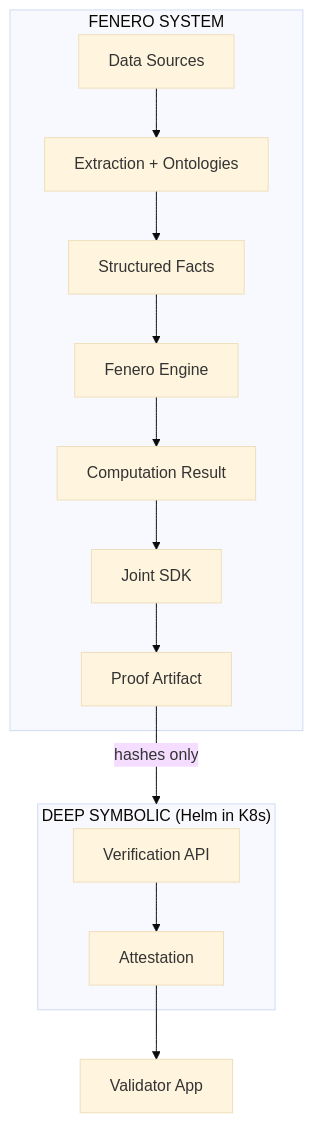
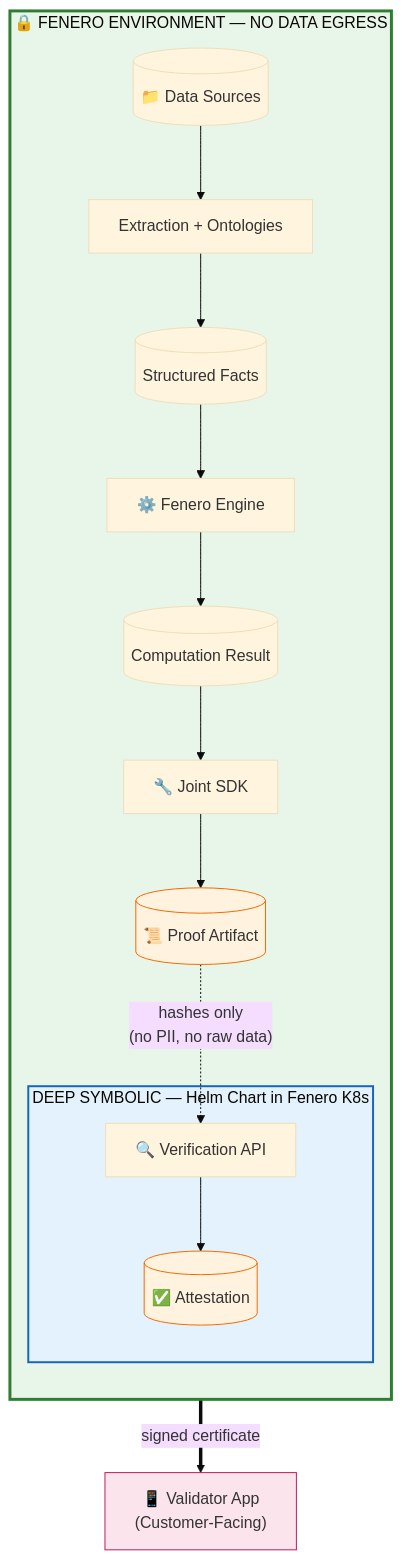
One commit to multiversal-ventures/provable-compute changed the diagram in README.md. Above: the diagram before and after it, drawn with Mermaid (base theme).

Commit message:
Refactor README architecture diagram for clarity and detail, updating component labels and adding visual enhancements. Introduced a new subgraph for the Deep Symbolic verification process and improved overall layout for better understanding.

````diff
--- a/README.md
+++ b/README.md
@@ -19,20 +19,32 @@
 ```mermaid
-flowchart TB
-    subgraph FENERO["FENERO SYSTEM"]
-        DATA[Data Sources] --> EXT[Extraction + Ontologies]
-        EXT --> FACTS[Structured Facts]
-        FACTS --> ENGINE[Fenero Engine]
-        ENGINE --> RESULT[Computation Result]
-        RESULT --> SDK[Joint SDK]
-        SDK --> ARTIFACT[Proof Artifact]
+flowchart TD
+    subgraph FENERO["🔒 FENERO ENVIRONMENT — NO DATA EGRESS"]
+        direction TB
+        
+        DATA[("📁 Data Sources")]
+        EXT["Extraction + Ontologies"]
+        FACTS[("Structured Facts")]
+        ENGINE["⚙️ Fenero Engine"]
+        RESULT[("Computation Result")]
+        SDK["🔧 Joint SDK"]
+        ARTIFACT[("📜 Proof Artifact")]
+        
+        DATA --> EXT --> FACTS --> ENGINE --> RESULT --> SDK --> ARTIFACT
+        
+        subgraph DS["DEEP SYMBOLIC — Helm Chart in Fenero K8s"]
+            VERIFY["🔍 Verification API"]
+            ATTEST[("✅ Attestation")]
+            VERIFY --> ATTEST
+        end
+        
+        ARTIFACT -.->|"hashes only<br/>(no PII, no raw data)"| VERIFY
     end
 
-    ARTIFACT -->|hashes only| DS
+    ATTEST ==>|"signed certificate"| VALIDATOR["📱 Validator App<br/>(Customer-Facing)"]
 
-    subgraph DS["DEEP SYMBOLIC (Helm in K8s)"]
-        VERIFY[Verification API]
-        VERIFY --> ATTEST[Attestation]
-    end
-
-    ATTEST --> VALIDATOR[Validator App]
+    style FENERO fill:#e8f5e9,stroke:#2e7d32,stroke-width:3px
+    style DS fill:#e3f2fd,stroke:#1565c0,stroke-width:2px
+    style ARTIFACT fill:#fff3e0,stroke:#ef6c00
+    style ATTEST fill:#fff3e0,stroke:#ef6c00
+    style VALIDATOR fill:#fce4ec,stroke:#c2185b
 ```
````
